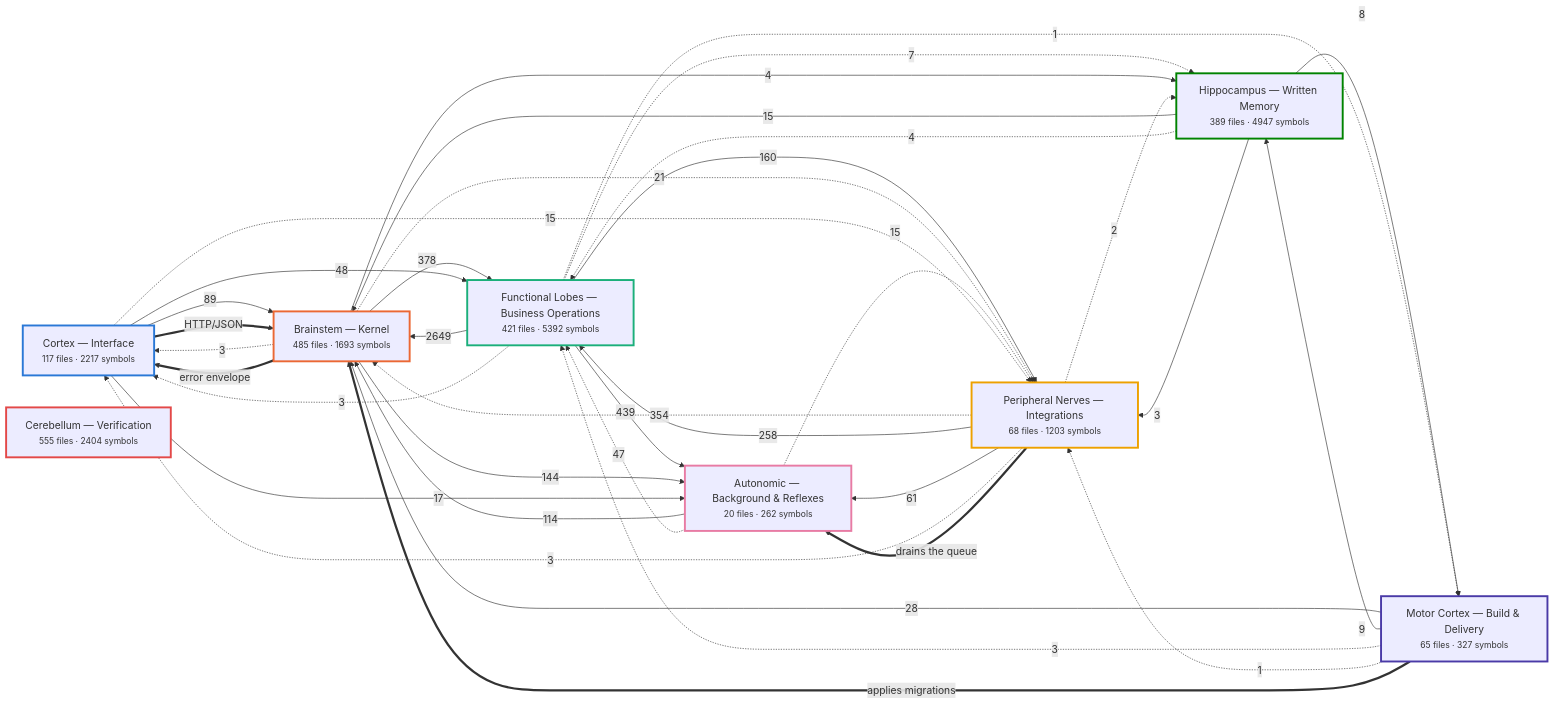
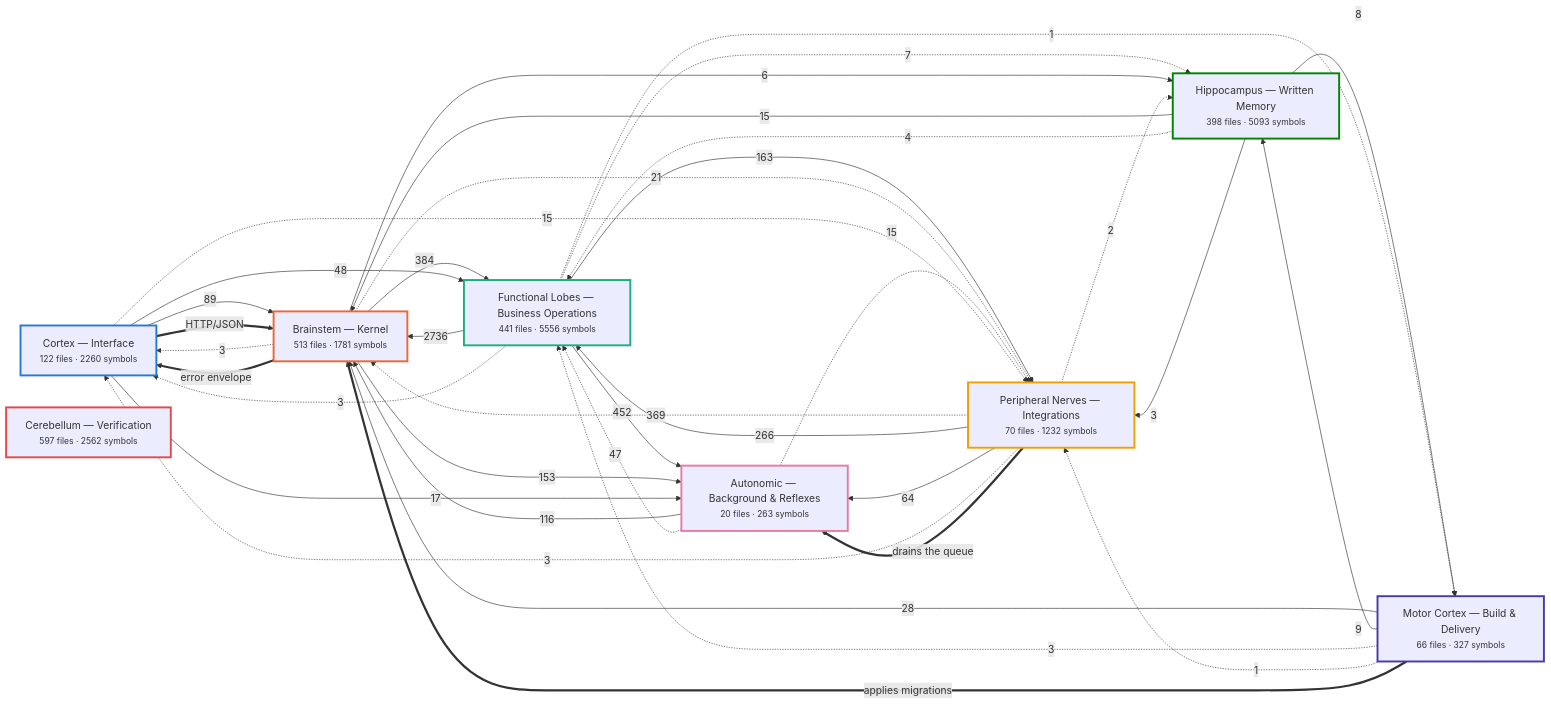
The first of 7 diagrams in docs/brain/BRAIN.md (Vishalnayak226/custom_erp), drawn with Mermaid before and after one commit. The commit also changed other lines of this file and 300 other files, not shown here.

````diff
--- a/docs/brain/BRAIN.md
+++ b/docs/brain/BRAIN.md
@@ -35,62 +35,62 @@
 ```mermaid
 flowchart LR
-  n_cortex["Cortex — Interface<br/><small>117 files · 2217 symbols</small>"]
-  n_brainstem["Brainstem — Kernel<br/><small>485 files · 1693 symbols</small>"]
-  n_business["Functional Lobes — Business Operations<br/><small>421 files · 5392 symbols</small>"]
-  n_peripheral["Peripheral Nerves — Integrations<br/><small>68 files · 1203 symbols</small>"]
-  n_autonomic["Autonomic — Background & Reflexes<br/><small>20 files · 262 symbols</small>"]
-  n_memory["Hippocampus — Written Memory<br/><small>389 files · 4947 symbols</small>"]
-  n_motor["Motor Cortex — Build & Delivery<br/><small>65 files · 327 symbols</small>"]
-  n_verification["Cerebellum — Verification<br/><small>555 files · 2404 symbols</small>"]
-  n_business -->|2649| n_brainstem
-  n_business -->|439| n_autonomic
-  n_brainstem -->|378| n_business
-  n_peripheral -.->|354| n_brainstem
-  n_peripheral -->|258| n_business
-  n_business -->|160| n_peripheral
-  n_brainstem -->|144| n_autonomic
-  n_autonomic -->|114| n_brainstem
+  n_cortex["Cortex — Interface<br/><small>122 files · 2260 symbols</small>"]
+  n_brainstem["Brainstem — Kernel<br/><small>513 files · 1781 symbols</small>"]
+  n_business["Functional Lobes — Business Operations<br/><small>441 files · 5556 symbols</small>"]
+  n_peripheral["Peripheral Nerves — Integrations<br/><small>70 files · 1232 symbols</small>"]
+  n_autonomic["Autonomic — Background & Reflexes<br/><small>20 files · 263 symbols</small>"]
+  n_memory["Hippocampus — Written Memory<br/><small>398 files · 5093 symbols</small>"]
+  n_motor["Motor Cortex — Build & Delivery<br/><small>66 files · 327 symbols</small>"]
+  n_verification["Cerebellum — Verification<br/><small>597 files · 2562 symbols</small>"]
+  n_business -->|2736| n_brainstem
+  n_business -->|452| n_autonomic
+  n_brainstem -->|384| n_business
+  n_peripheral -.->|369| n_brainstem
+  n_peripheral -->|266| n_business
+  n_business -->|163| n_peripheral
+  n_brainstem -->|153| n_autonomic
+  n_autonomic -->|116| n_brainstem
   n_cortex -->|89| n_brainstem
-  n_peripheral -->|61| n_autonomic
+  n_peripheral -->|64| n_autonomic
   n_cortex -->|48| n_business
   n_autonomic -.->|47| n_business
   n_motor -->|28| n_brainstem
   n_brainstem -.->|21| n_peripheral
   n_cortex -->|17| n_autonomic
   n_autonomic -.->|15| n_peripheral
   n_cortex -.->|15| n_peripheral
   n_memory -->|15| n_brainstem
   n_motor -->|9| n_memory
   n_memory -->|8| n_motor
   n_business -.->|7| n_memory
-  n_brainstem -->|4| n_memory
+  n_brainstem -->|6| n_memory
   n_memory -.->|4| n_business
   n_brainstem -.->|3| n_cortex
   n_business -.->|3| n_cortex
   n_memory -->|3| n_peripheral
   n_motor -.->|3| n_business
   n_peripheral -.->|3| n_cortex
   n_peripheral -.->|2| n_memory
   n_business -.->|1| n_motor
   n_motor -.->|1| n_peripheral
   n_brainstem ==>|error envelope| n_cortex
   n_cortex ==>|HTTP/JSON| n_brainstem
   n_motor ==>|applies migrations| n_brainstem
   n_peripheral ==>|drains the queue| n_autonomic
   classDef n_cortex stroke:#2a78d6,stroke-width:3px;
   class n_cortex n_cortex;
   classDef n_brainstem stroke:#eb6834,stroke-width:3px;
   class n_brainstem n_brainstem;
   classDef n_business stroke:#1baf7a,stroke-width:3px;
   class n_business n_business;
   classDef n_peripheral stroke:#eda100,stroke-width:3px;
   class n_peripheral n_peripheral;
   classDef n_autonomic stroke:#e87ba4,stroke-width:3px;
   class n_autonomic n_autonomic;
   classDef n_memory stroke:#008300,stroke-width:3px;
   class n_memory n_memory;
   classDef n_motor stroke:#4a3aa7,stroke-width:3px;
   class n_motor n_motor;
   classDef n_verification stroke:#e34948,stroke-width:3px;
   class n_verification n_verification;
 ```
````
